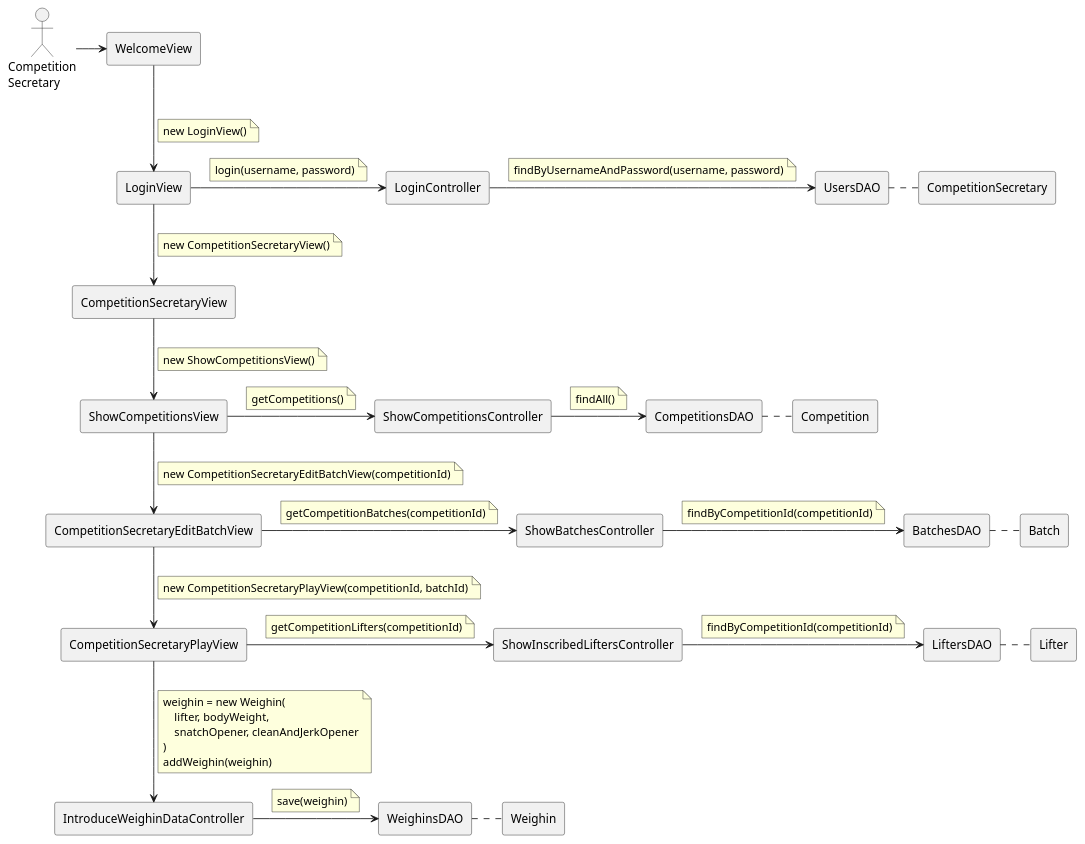
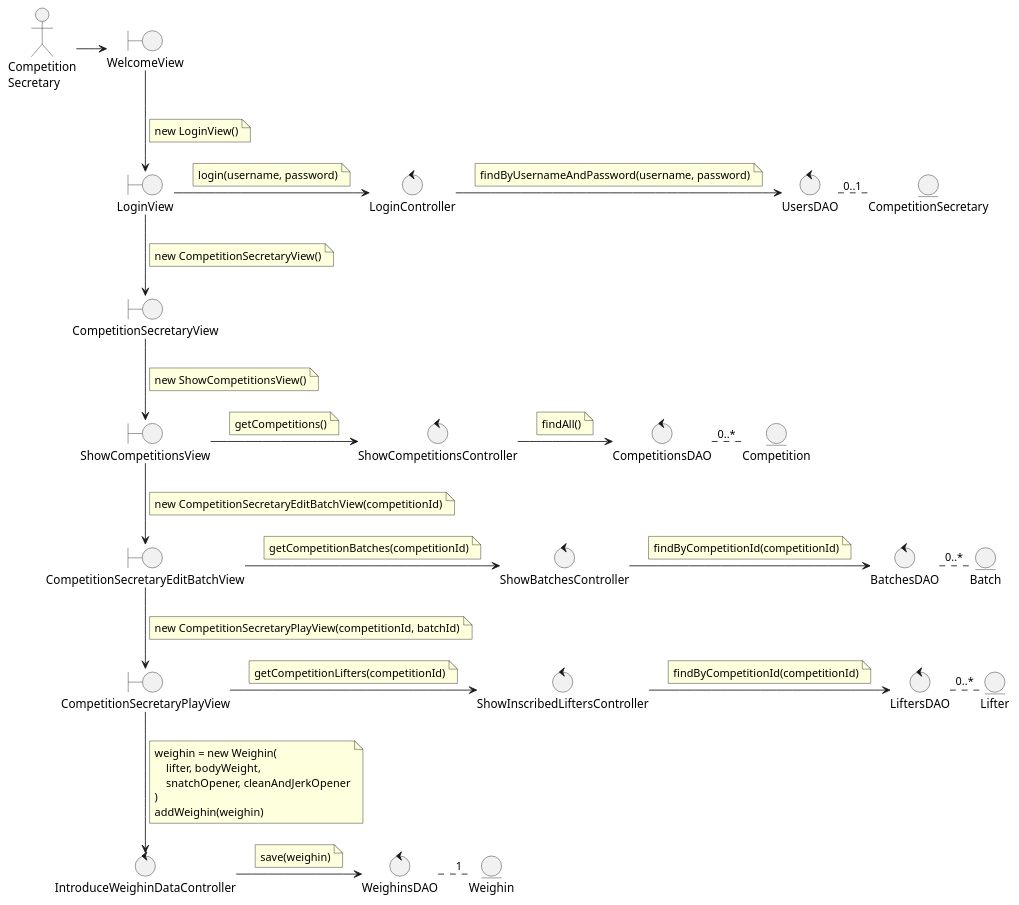
One commit to zuldare/mastercloud_pfm_halterocms changed the diagram in documentation/diagrams/2_analysis/useCasesAnalysis/introduceWeighinData.puml. Above: the diagram before and after it, drawn with PlantUML.

Commit message:
Improve introduceWeighinData uml

```diff
--- a/documentation/diagrams/2_analysis/useCasesAnalysis/introduceWeighinData.puml
+++ b/documentation/diagrams/2_analysis/useCasesAnalysis/introduceWeighinData.puml
@@ -1,120 +1,120 @@
 @startuml
 actor user as "Competition\nSecretary"
 
-rectangle WelcomeView
-rectangle LoginView
-rectangle LoginController
-rectangle UsersDAO
-rectangle CompetitionSecretary
+boundary WelcomeView
+boundary LoginView
+control LoginController
+control UsersDAO
+entity CompetitionSecretary
 
-rectangle CompetitionSecretaryView
-rectangle ShowCompetitionsView
-rectangle ShowCompetitionsController
-rectangle CompetitionsDAO
-rectangle Competition
+boundary CompetitionSecretaryView
+boundary ShowCompetitionsView
+control ShowCompetitionsController
+control CompetitionsDAO
+entity Competition
 
-rectangle CompetitionSecretaryEditBatchView
-rectangle ShowBatchesController
-rectangle BatchesDAO
-rectangle Batch
+boundary CompetitionSecretaryEditBatchView
+control ShowBatchesController
+control BatchesDAO
+entity Batch
 
-rectangle CompetitionSecretaryPlayView
-rectangle ShowInscribedLiftersController
-rectangle LiftersDAO
-rectangle Lifter
-rectangle IntroduceWeighinDataController
-rectangle WeighinsDAO
-rectangle Weighin
+boundary CompetitionSecretaryPlayView
+control ShowInscribedLiftersController
+control LiftersDAO
+entity Lifter
+control IntroduceWeighinDataController
+control WeighinsDAO
+entity Weighin
 
 user -right-> WelcomeView
 
 WelcomeView --> LoginView
 note on link
   new LoginView()
 end note
 
 LoginView -right-> LoginController
 note on link
   login(username, password)
 end note
 
 LoginController -right-> UsersDAO
 note on link
   findByUsernameAndPassword(username, password)
 end note
 
-UsersDAO .right. CompetitionSecretary
+UsersDAO .right. "0..1" CompetitionSecretary
 
 LoginView --> CompetitionSecretaryView
 note on link
   new CompetitionSecretaryView()
 end note
 
 CompetitionSecretaryView --> ShowCompetitionsView
 note on link
   new ShowCompetitionsView()
 end note
 
 ShowCompetitionsView -right-> ShowCompetitionsController
 note on link
   getCompetitions()
 end note
 
 ShowCompetitionsController -right-> CompetitionsDAO
 note on link
   findAll()
 end note
 
-CompetitionsDAO .right. Competition
+CompetitionsDAO .right. "0..*" Competition
 
 ShowCompetitionsView --> CompetitionSecretaryEditBatchView
 note on link
   new CompetitionSecretaryEditBatchView(competitionId)
 end note
 
 CompetitionSecretaryEditBatchView -right-> ShowBatchesController
 note on link
   getCompetitionBatches(competitionId)
 end note
 
 ShowBatchesController -right-> BatchesDAO
 note on link
   findByCompetitionId(competitionId)
 end note
 
-BatchesDAO .right. Batch
+BatchesDAO .right. "0..*" Batch
 
 CompetitionSecretaryEditBatchView --> CompetitionSecretaryPlayView
 note on link
   new CompetitionSecretaryPlayView(competitionId, batchId)
 end note
 
 CompetitionSecretaryPlayView -right-> ShowInscribedLiftersController
 note on link
   getCompetitionLifters(competitionId)
 end note
 
 ShowInscribedLiftersController -right-> LiftersDAO
 note on link
   findByCompetitionId(competitionId)
 end note
 
-LiftersDAO .right. Lifter
+LiftersDAO .right. "0..*" Lifter
 
 CompetitionSecretaryPlayView --> IntroduceWeighinDataController
 note on link
   weighin = new Weighin(
       lifter, bodyWeight, 
       snatchOpener, cleanAndJerkOpener
   )
   addWeighin(weighin)
 end note
 
 IntroduceWeighinDataController -right-> WeighinsDAO
 note on link
   save(weighin)
 end note
 
-WeighinsDAO .right. Weighin
+WeighinsDAO .right. "1" Weighin
 
 @enduml
```
